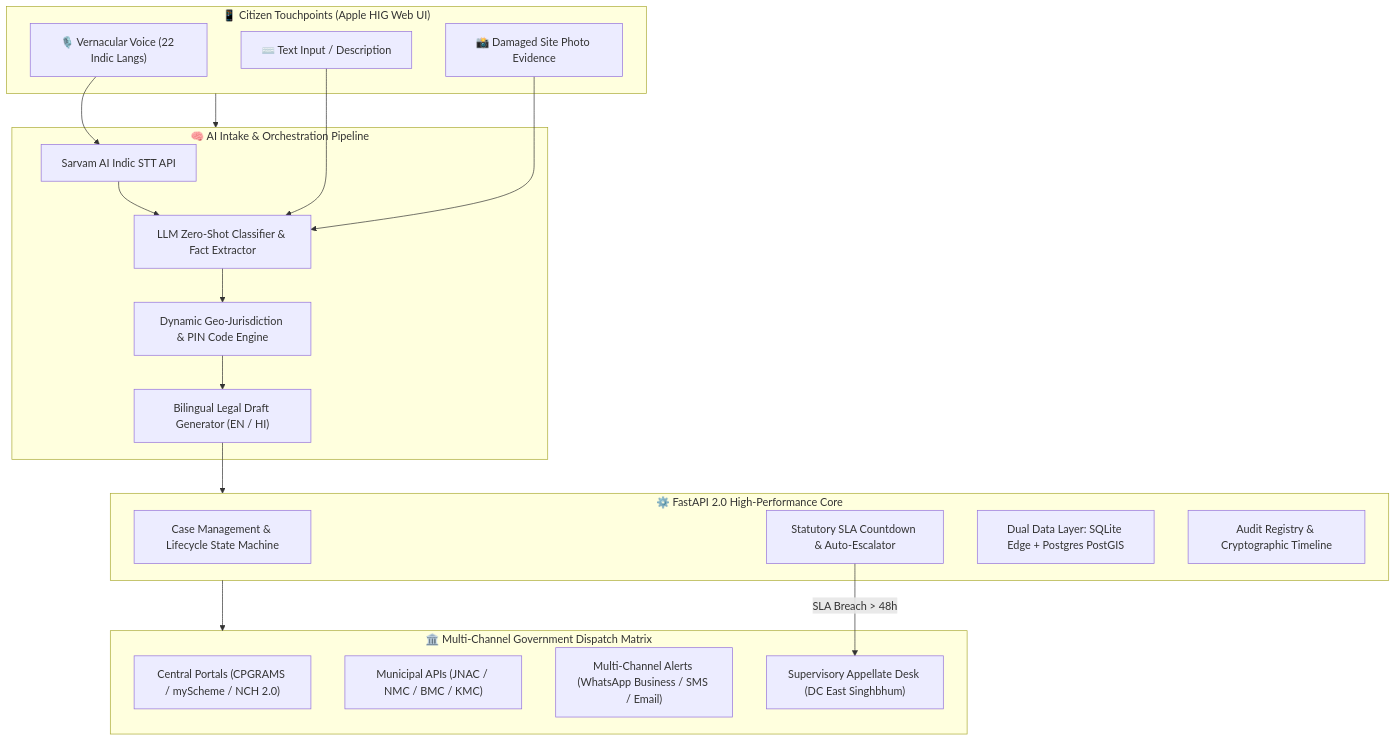
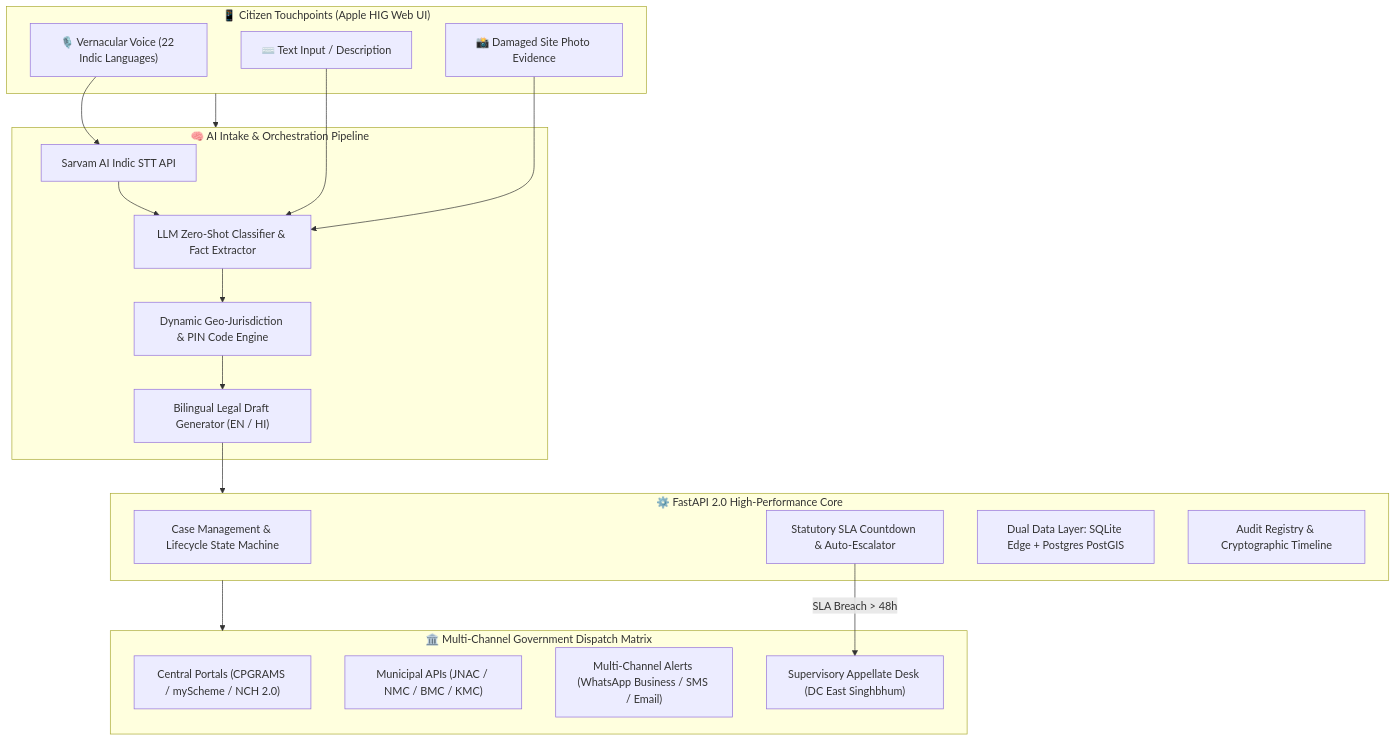
The diagram in README.md (mohitraj8503/Nyaya-Setu), drawn with Mermaid before and after one commit. The commit also changed other lines of this file, not shown here.

Commit message:
docs(readme): polish README to peak attractiveness with futuristic bento hierarchy, Shark-Tank pitch narrative, and crisp visual architecture

````diff
--- a/README.md
+++ b/README.md
@@ -135,37 +179,37 @@
 ```mermaid
 flowchart TD
     subgraph CITIZEN_INTERFACE["📱 Citizen Touchpoints (Apple HIG Web UI)"]
-        A1["🎙️ Vernacular Voice (22 Indic Langs)"]
+        A1["🎙️ Vernacular Voice (22 Indic Languages)"]
         A2["⌨️ Text Input / Description"]
         A3["📸 Damaged Site Photo Evidence"]
     end
 
-    subgraph AI_PIPELINE["🧠 AI Intake & Orchestration Pipeline"]
+    subgraph AI_ORCHESTRATION["🧠 AI Intake & Orchestration Pipeline"]
         B1["Sarvam AI Indic STT API"]
         B2["LLM Zero-Shot Classifier & Fact Extractor"]
         B3["Dynamic Geo-Jurisdiction & PIN Code Engine"]
         B4["Bilingual Legal Draft Generator (EN / HI)"]
     end
 
-    subgraph BACKEND_CORE["⚙️ FastAPI 2.0 High-Performance Core"]
+    subgraph BACKEND_ENGINE["⚙️ FastAPI 2.0 High-Performance Core"]
         C1["Case Management & Lifecycle State Machine"]
         C2["Statutory SLA Countdown & Auto-Escalator"]
         C3["Dual Data Layer: SQLite Edge + Postgres PostGIS"]
         C4["Audit Registry & Cryptographic Timeline"]
     end
 
     subgraph OFFICIAL_DISPATCH["🏛️ Multi-Channel Government Dispatch Matrix"]
         D1["Central Portals (CPGRAMS / myScheme / NCH 2.0)"]
         D2["Municipal APIs (JNAC / NMC / BMC / KMC)"]
         D3["Multi-Channel Alerts (WhatsApp Business / SMS / Email)"]
         D4["Supervisory Appellate Desk (DC East Singhbhum)"]
     end
 
-    CITIZEN_INTERFACE --> AI_PIPELINE
+    CITIZEN_INTERFACE --> AI_ORCHESTRATION
     A1 --> B1 --> B2
     A2 --> B2
     A3 --> B2
-    B2 --> B3 --> B4 --> BACKEND_CORE
-    BACKEND_CORE --> OFFICIAL_DISPATCH
+    B2 --> B3 --> B4 --> BACKEND_ENGINE
+    BACKEND_ENGINE --> OFFICIAL_DISPATCH
     C2 -- SLA Breach > 48h --> D4
 ```
````
